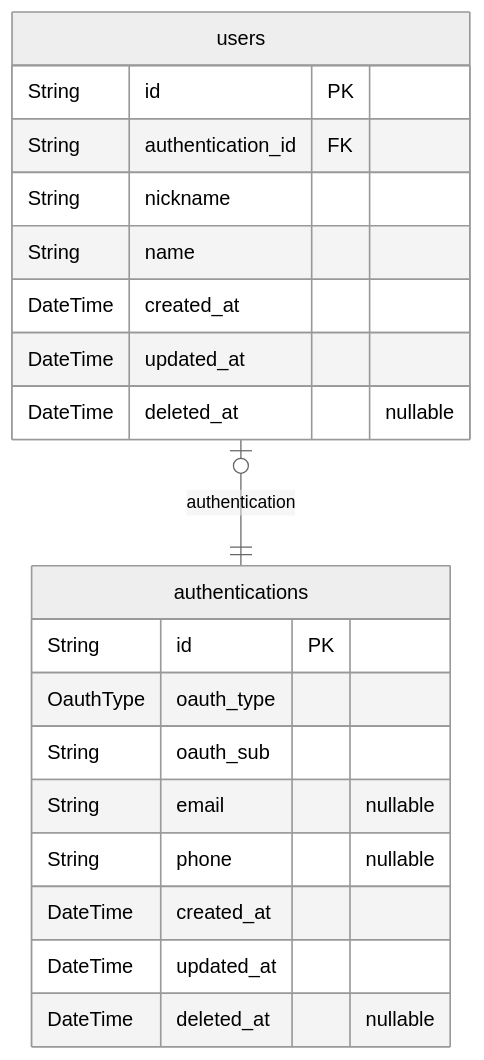
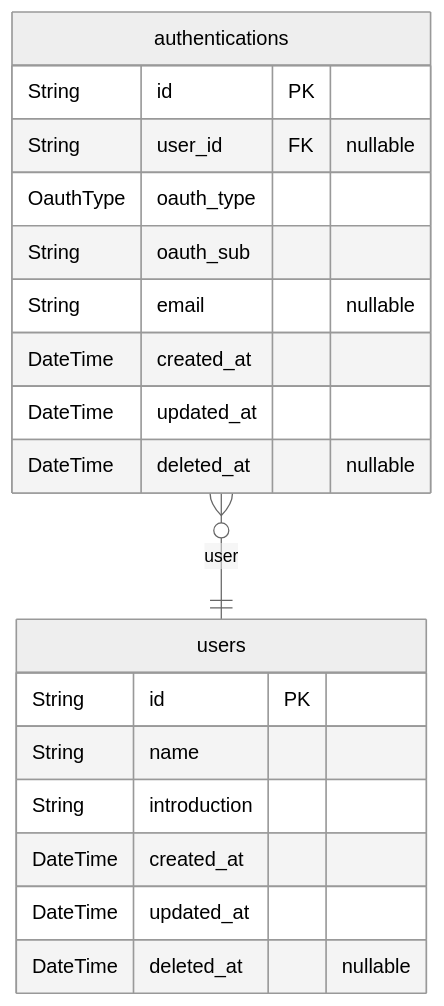
Before and after one commit to rojiwon123/bbs: the second of 2 diagrams in ERD.md, drawn with Mermaid (neutral theme). The commit also changed other lines of this file and 4 other files, not shown here.

````diff
--- a/ERD.md
+++ b/ERD.md
@@ -266,23 +265,22 @@
 ```mermaid
 erDiagram
 authentications {
     String id PK
+    String user_id FK "nullable"
     OauthType oauth_type
     String oauth_sub
     String email "nullable"
-    String phone "nullable"
     DateTime created_at
     DateTime updated_at
     DateTime deleted_at "nullable"
 }
 users {
     String id PK
-    String authentication_id FK
-    String nickname
     String name
+    String introduction
     DateTime created_at
     DateTime updated_at
     DateTime deleted_at "nullable"
 }
-users |o--|| authentications : authentication
+authentications }o--|| users : user
 ```
````
